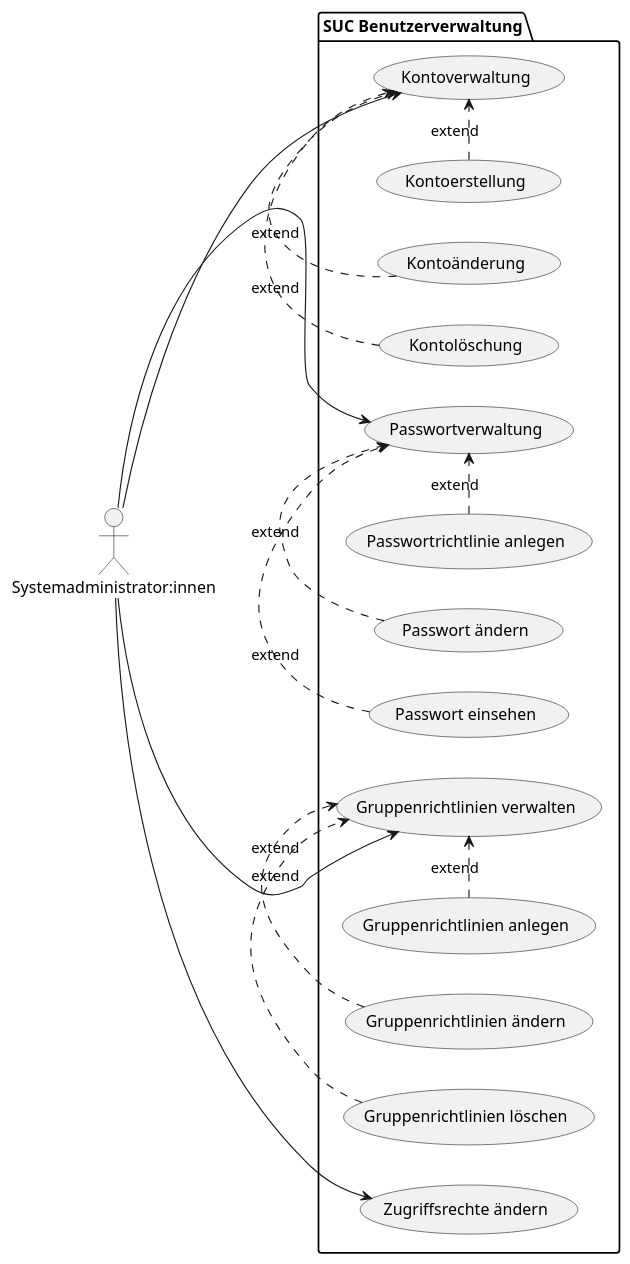
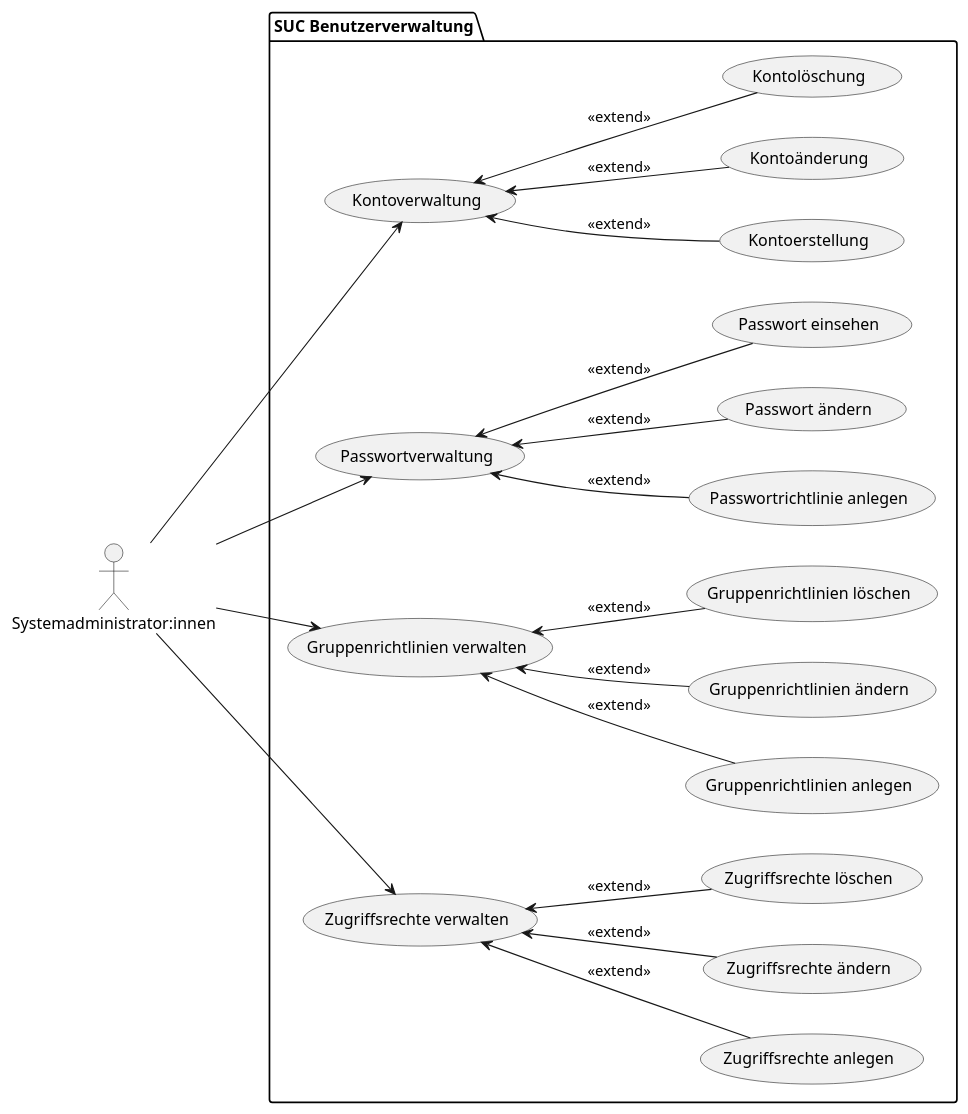
The seventh of 15 diagrams in docs/2_planning/2_system_use_cases.md (helenlaible/ss23-kba-project), drawn with PlantUML before and after one commit. The commit also changed other lines of this file, not shown here.

````diff
--- a/docs/2_planning/2_system_use_cases.md
+++ b/docs/2_planning/2_system_use_cases.md
@@ -164,42 +164,38 @@
 ```plantuml Benutzerverwaltung
 @startuml
+
 left to right direction
 actor "Systemadministrator:innen" as SysAdmin
 
 package "SUC Benutzerverwaltung" {
 
-  usecase "Kontoverwaltung" as UC1
-  usecase "Kontoerstellung" as UC2
-  usecase "Kontoänderung" as UC3
-  usecase "Kontolöschung" as UC4
-  usecase "Zugriffsrechte ändern" as UC5
-  usecase "Passwortverwaltung" as UC6
-  usecase "Passwortrichtlinie anlegen" as UC7
-  usecase "Passwort ändern" as UC8
-  usecase "Passwort einsehen" as UC9
-  usecase "Gruppenrichtlinien verwalten" as UC10
-  usecase "Gruppenrichtlinien anlegen" as UC11
-  usecase "Gruppenrichtlinien ändern" as UC12
-  usecase "Gruppenrichtlinien löschen" as UC13
+  (Kontoverwaltung) as UC1
+  (Passwortverwaltung) as UC2
+  (Gruppenrichtlinien verwalten) as UC3
+  (Zugriffsrechte verwalten) as UC4
   
+  UC1 <-- (Kontoerstellung): <<extend>>
+  UC1 <-- (Kontoänderung): <<extend>>
+  UC1 <-- (Kontolöschung): <<extend>>
+  
+  UC2 <-- (Passwortrichtlinie anlegen): <<extend>>
+  UC2 <-- (Passwort ändern): <<extend>>
+  UC2 <-- (Passwort einsehen): <<extend>>
+
+  UC3 <-- (Gruppenrichtlinien anlegen): <<extend>>
+  UC3 <-- (Gruppenrichtlinien ändern): <<extend>>
+  UC3 <-- (Gruppenrichtlinien löschen): <<extend>>
+
+  UC4 <-- (Zugriffsrechte anlegen): <<extend>>
+  UC4 <-- (Zugriffsrechte ändern): <<extend>>
+  UC4 <-- (Zugriffsrechte löschen): <<extend>>
+
 }
 
 SysAdmin --> UC1
-SysAdmin --> UC5
-SysAdmin --> UC6
-SysAdmin --> UC10
-
-(UC2).>(UC1) : extend
-(UC3).>(UC1) : extend
-(UC4).>(UC1) : extend
-
-(UC7).>(UC6) : extend
-(UC8).>(UC6) : extend
-(UC9).>(UC6) : extend
-
-(UC11).>(UC10) : extend
-(UC12).>(UC10) : extend
-(UC13).>(UC10) : extend
+SysAdmin --> UC2
+SysAdmin --> UC3
+SysAdmin --> UC4
 
 @enduml
 ```
````
